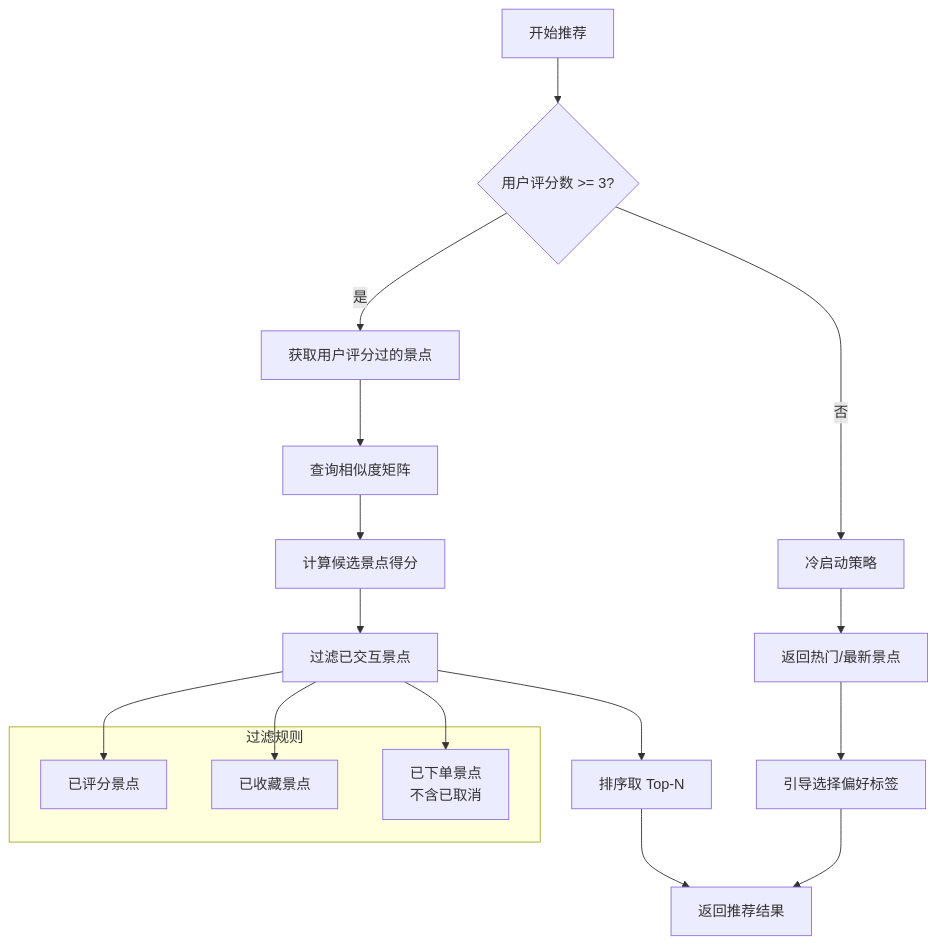
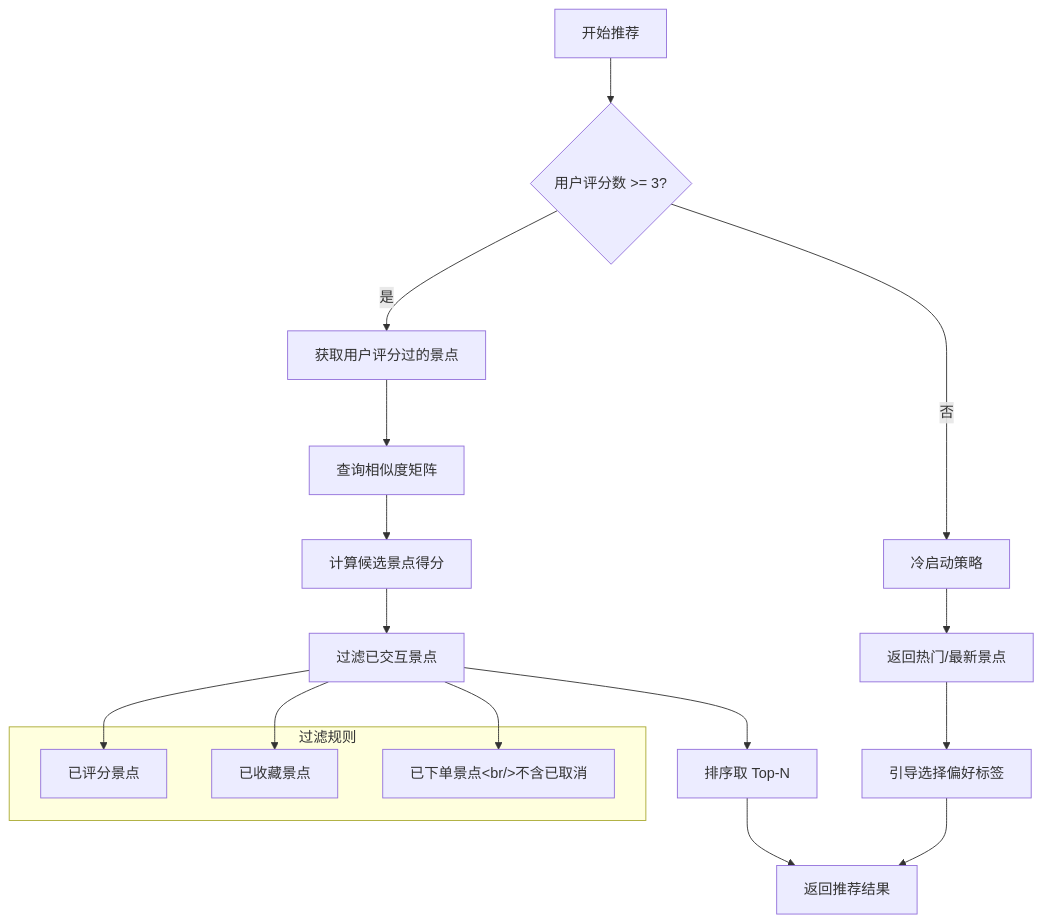
One commit to TheayX/WayTrip changed the fifth of 7 diagrams in .kiro/specs/travel-recommendation-system/design.md. Above: the diagram before and after it, drawn with Mermaid. The commit also changed other lines of this file and 6 other files, not shown here.

````diff
--- a/.kiro/specs/travel-recommendation-system/design.md
+++ b/.kiro/specs/travel-recommendation-system/design.md
@@ -597,26 +591,26 @@
 ```mermaid
 flowchart TD
     A[开始推荐] --> B{用户评分数 >= 3?}
     B -->|是| C[获取用户评分过的景点]
     B -->|否| D[冷启动策略]
-    
+
     C --> E[查询相似度矩阵]
     E --> F[计算候选景点得分]
     F --> G[过滤已交互景点]
     G --> H[排序取 Top-N]
     H --> I[返回推荐结果]
-    
+
     D --> J[返回热门/最新景点]
     J --> K[引导选择偏好标签]
     K --> I
-    
+
     subgraph 过滤规则
         G1[已评分景点]
         G2[已收藏景点]
-        G3[已下单景点<br/>不含已取消]
+        G3["已下单景点&lt;br/&gt;不含已取消"]
     end
-    
+
     G --> G1
     G --> G2
     G --> G3
 ```
````
